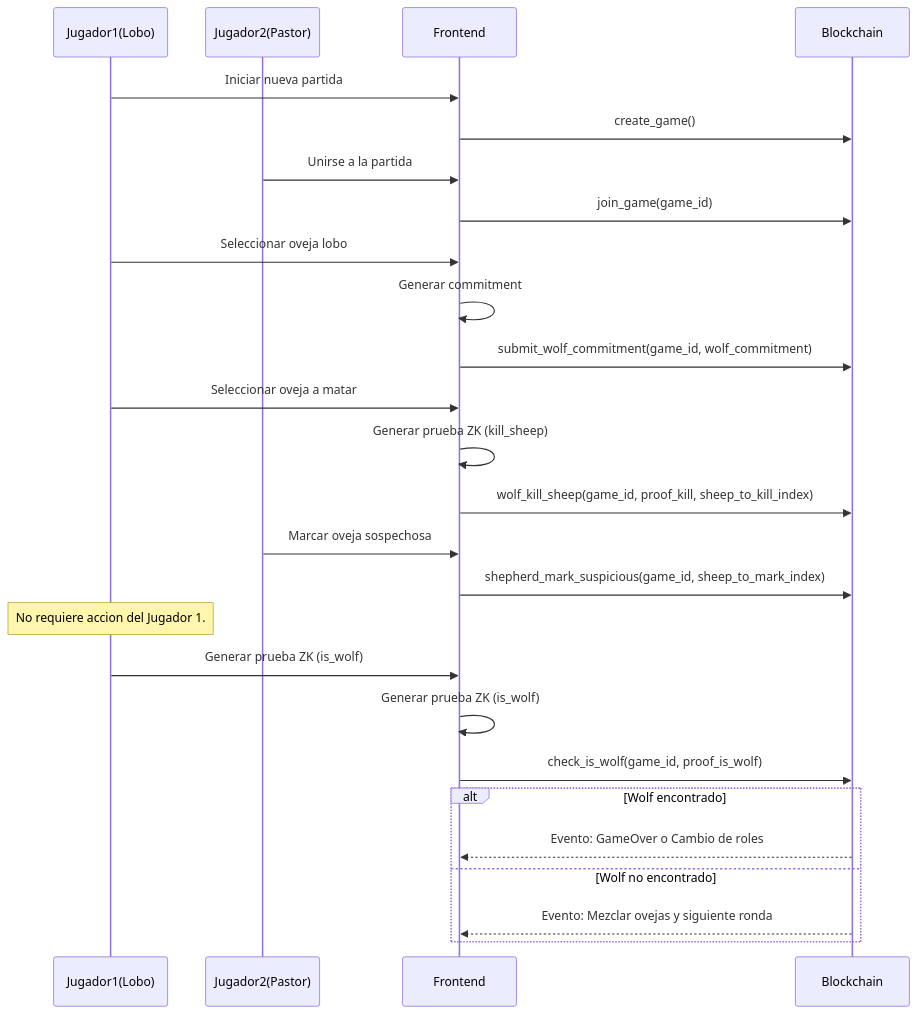
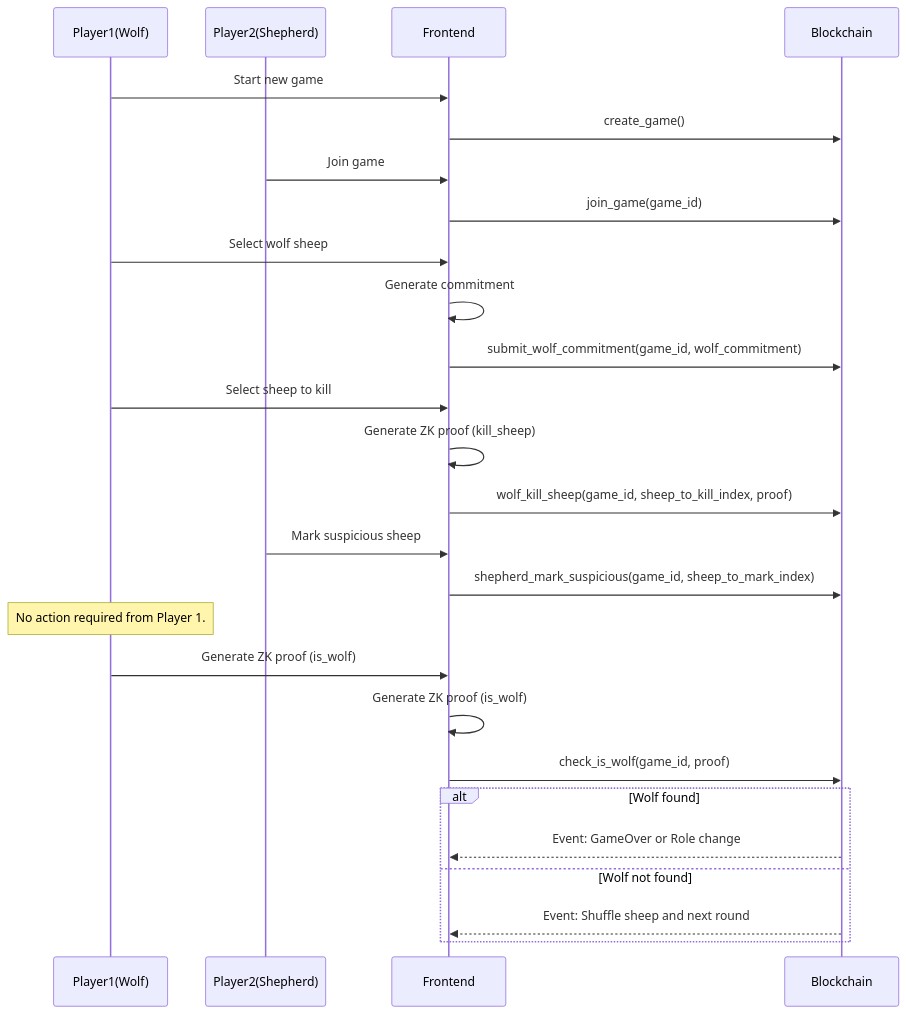
Before and after one commit to dpinones/hello-world-dojo-garaga: the diagram in state_diagram.md, drawn with Mermaid.

Commit message:
Update state diagram terminology and flow for "Hunting the Wolf" game, changing player roles from Spanish to English and refining commitment steps.

````diff
--- a/state_diagram.md
+++ b/state_diagram.md
@@ -5,43 +5,43 @@
 ```mermaid
 sequenceDiagram
-    participant Jugador1(Lobo)
-    participant Jugador2(Pastor)
+    participant Player1(Wolf)
+    participant Player2(Shepherd)
     participant Frontend
     participant Blockchain
 
-    %% 1. Crear partida
-    Jugador1(Lobo)->>Frontend: Iniciar nueva partida
+    %% 1. Create game
+    Player1(Wolf)->>Frontend: Start new game
     Frontend->>Blockchain: create_game()
 
-    %% 2. Unirse a la partida
-    Jugador2(Pastor)->>Frontend: Unirse a la partida
+    %% 2. Join game
+    Player2(Shepherd)->>Frontend: Join game
     Frontend->>Blockchain: join_game(game_id)
 
-    %% 3. Compromiso del lobo (Jugador 1)
-    Jugador1(Lobo)->>Frontend: Seleccionar oveja lobo
-    Frontend->>Frontend: Generar commitment
+    %% 3. Wolf commitment (Player 1)
+    Player1(Wolf)->>Frontend: Select wolf sheep
+    Frontend->>Frontend: Generate commitment
     Frontend->>Blockchain: submit_wolf_commitment(game_id, wolf_commitment)
 
-    %% 4. Turno del lobo (Jugador 1)
-    Jugador1(Lobo)->>Frontend: Seleccionar oveja a matar
-    Frontend->>Frontend: Generar prueba ZK (kill_sheep)
-    Frontend->>Blockchain: wolf_kill_sheep(game_id, proof_kill, sheep_to_kill_index)
+    %% 4. Wolf's turn (Player 1)
+    Player1(Wolf)->>Frontend: Select sheep to kill
+    Frontend->>Frontend: Generate ZK proof (kill_sheep)
+    Frontend->>Blockchain: wolf_kill_sheep(game_id, sheep_to_kill_index, proof)
 
-    %% 5. Turno del pastor (Jugador 2)
-    Jugador2(Pastor)->>Frontend: Marcar oveja sospechosa
+    %% 5. Shepherd's turn (Player 2)
+    Player2(Shepherd)->>Frontend: Mark suspicious sheep
     Frontend->>Blockchain: shepherd_mark_suspicious(game_id, sheep_to_mark_index)
 
-    Note over Jugador1(Lobo): No requiere accion del Jugador 1.
+    Note over Player1(Wolf): No action required from Player 1.
 
-    %% 6. Verificación del lobo (Jugador 1)
-    Jugador1(Lobo)->>Frontend: Generar prueba ZK (is_wolf)
-    Frontend->>Frontend: Generar prueba ZK (is_wolf)
-    Frontend->>Blockchain: check_is_wolf(game_id, proof_is_wolf)
+    %% 6. Wolf verification (Player 1)
+    Player1(Wolf)->>Frontend: Generate ZK proof (is_wolf)
+    Frontend->>Frontend: Generate ZK proof (is_wolf)
+    Frontend->>Blockchain: check_is_wolf(game_id, proof)
 
-    %% 7. Fin de ronda / mezcla / cambio de roles
-    alt Wolf encontrado
-        Blockchain-->>Frontend: Evento: GameOver o Cambio de roles
-    else Wolf no encontrado
-        Blockchain-->>Frontend: Evento: Mezclar ovejas y siguiente ronda
+    %% 7. End of round / shuffle / role change
+    alt Wolf found
+        Blockchain-->>Frontend: Event: GameOver or Role change
+    else Wolf not found
+        Blockchain-->>Frontend: Event: Shuffle sheep and next round
     end
 ```
````
